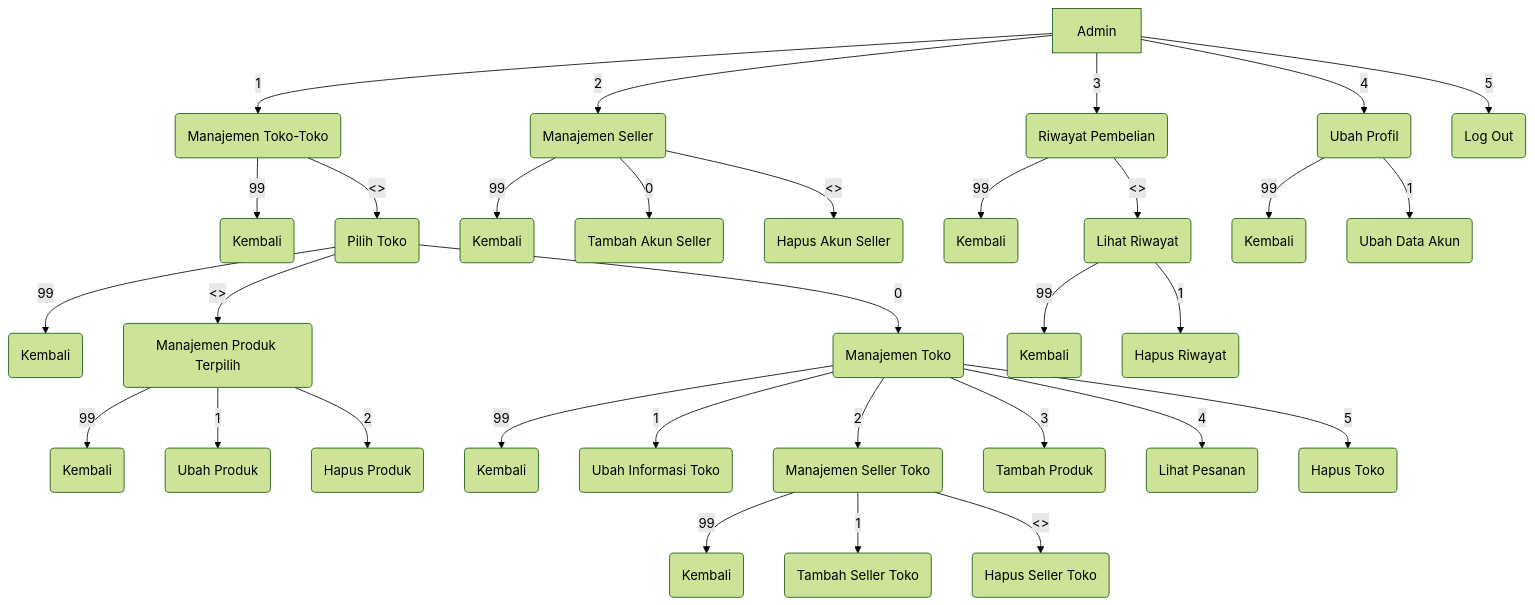
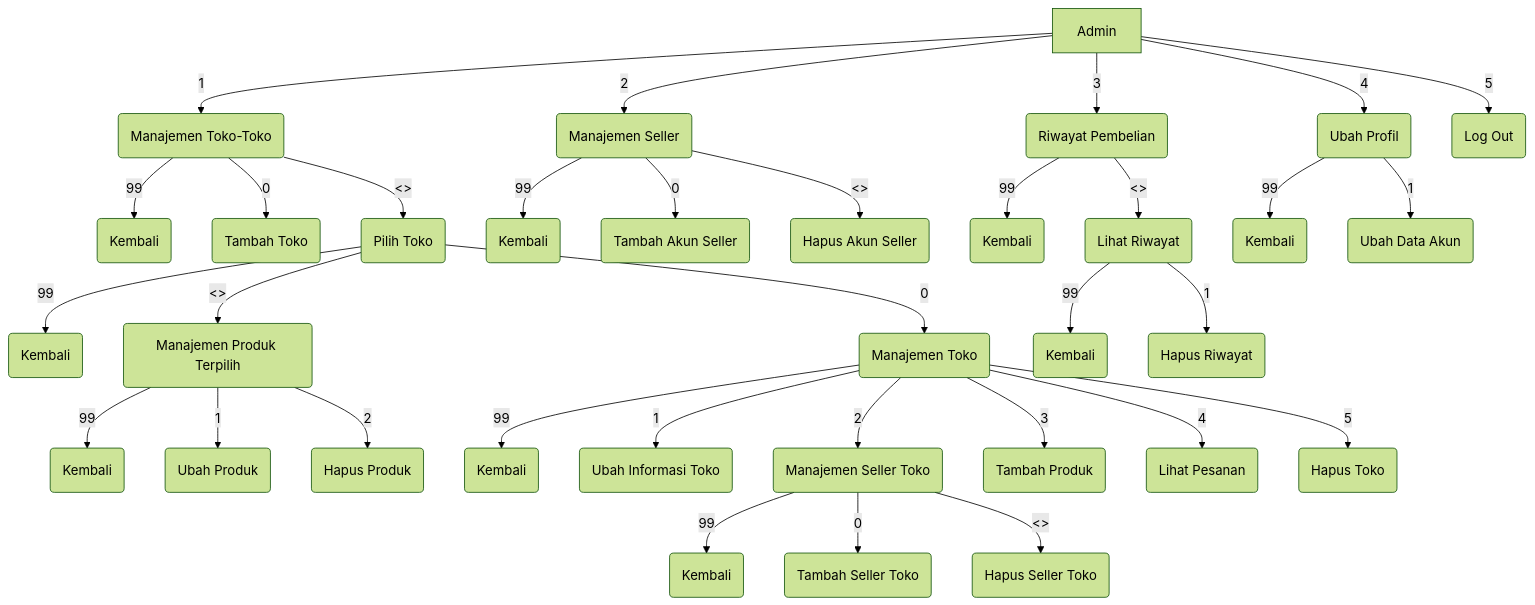
The second of 3 diagrams in README.md (Viabelous/ProjekAkhirPBO), drawn with Mermaid (forest theme) before and after one commit. The commit also changed other lines of this file, not shown here.

Commit message:
Menjadi pelengkap atas kekuranganmu

````diff
--- a/README.md
+++ b/README.md
@@ -43,41 +74,42 @@
 ```mermaid
 graph
 
 A[Admin] -- 1 --> B(Manajemen Toko-Toko)
 B --99 --> BA(Kembali)
-B -- <> --> BB(Pilih Toko)
-	BB -- 99 --> BBA(Kembali)
-	BB -- 0 --> BBB(Manajemen Toko)
-	BB -- <> --> BBC(Manajemen Produk Terpilih)
-		BBC -- 99 --> BBCA(Kembali)
-		BBC -- 1 --> BBCB(Ubah Produk)
-		BBC -- 2 --> BBCC(Hapus Produk)
+B -- 0 --> BB(Tambah Toko)
+B -- <> --> BC(Pilih Toko)
+	BC -- 99 --> BCA(Kembali)
+	BC -- 0 --> BCB(Manajemen Toko)
+	BC -- <> --> BCC(Manajemen Produk Terpilih)
+		BCC -- 99 --> BCCA(Kembali)
+		BCC -- 1 --> BCCB(Ubah Produk)
+		BCC -- 2 --> BCCC(Hapus Produk)
 
-BBB -- 99 --> BBBA(Kembali)
-BBB -- 1 --> BBBB(Ubah Informasi Toko)
-BBB -- 2 --> BBBC(Manajemen Seller Toko)
-	BBBC -- 99 --> BBBCA(Kembali)
-	BBBC -- 1 --> BBBCB(Tambah Seller Toko)
-	BBBC -- <> --> BBBCC(Hapus Seller Toko)
-BBB -- 3 --> BBBE(Tambah Produk)
-BBB -- 4 --> BBBF(Lihat Pesanan)
-BBB -- 5 --> BBBG(Hapus Toko)
+BCB -- 99 --> BCBA(Kembali)
+BCB -- 1 --> BCBB(Ubah Informasi Toko)
+BCB -- 2 --> BCBC(Manajemen Seller Toko)
+	BCBC -- 99 --> BCBCA(Kembali)
+	BCBC -- 0 --> BCBCB(Tambah Seller Toko)
+	BCBC -- <> --> BCBCC(Hapus Seller Toko)
+BCB -- 3 --> BCBE(Tambah Produk)
+BCB -- 4 --> BCBF(Lihat Pesanan)
+BCB -- 5 --> BCBG(Hapus Toko)
 
 A -- 2 --> C(Manajemen Seller)
 C -- 99 --> CA(Kembali)
 C -- 0 --> CB(Tambah Akun Seller)
 C -- <> --> CC(Hapus Akun Seller)
 
 A -- 3 --> D(Riwayat Pembelian)
 D -- 99 --> DA(Kembali)
 D -- <> --> DB(Lihat Riwayat)
 	DB -- 99 --> DBA(Kembali)
 	DB -- 1 --> DBB(Hapus Riwayat)
 
 A -- 4 --> E(Ubah Profil)
 
 E -- 99 --> EA(Kembali)
 E -- 1 --> EB(Ubah Data Akun)
 
 A -- 5 --> F(Log Out)
 ```
````
